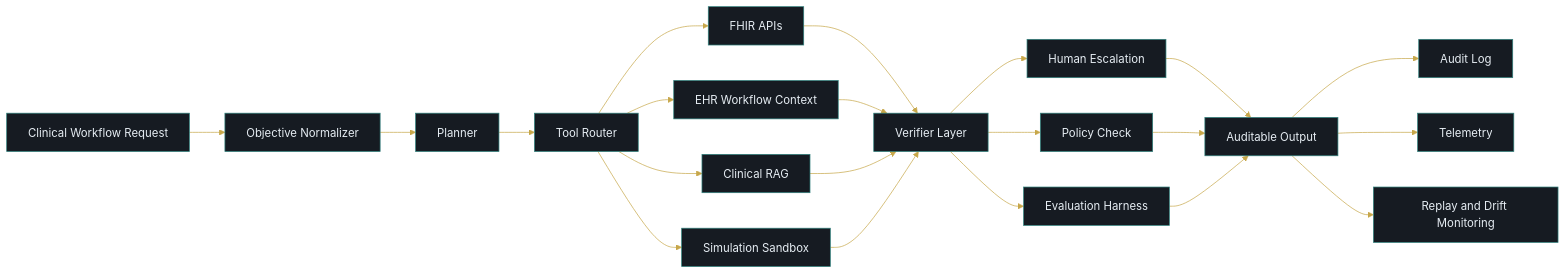
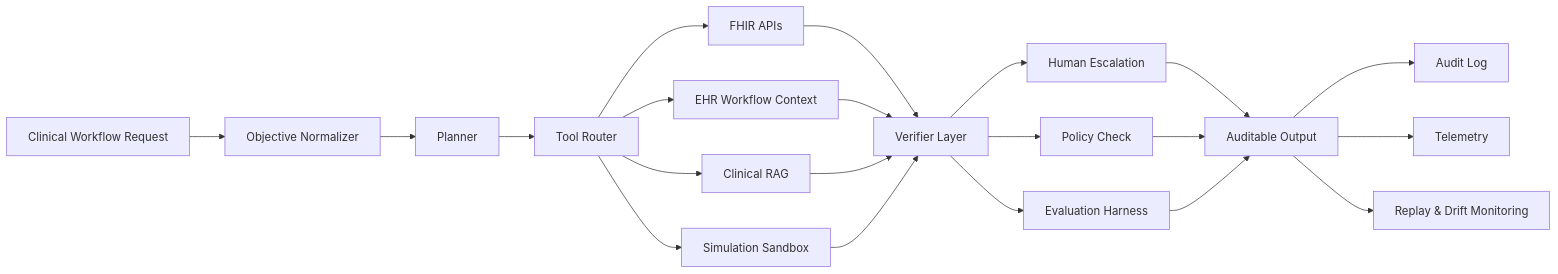
Before and after one commit to jsfaulkner86/jsfaulkner86: the diagram in README.md, drawn with Mermaid.

Commit message:
Remove %%{init}%% directive from Mermaid block to fix rendering on GitHub

````diff
--- a/README.md
+++ b/README.md
@@ -29,24 +29,23 @@
 ```mermaid
-%%{init: {"theme": "base", "themeVariables": {"background": "#111418", "primaryColor": "#161B22", "primaryTextColor": "#E6EDF3", "primaryBorderColor": "#2F817D", "lineColor": "#C7A74A", "secondaryColor": "#1D232B", "tertiaryColor": "#111418", "fontFamily": "Inter, ui-sans-serif, system-ui, sans-serif"}}}%%
 flowchart LR
     A[Clinical Workflow Request] --> B[Objective Normalizer]
     B --> C[Planner]
     C --> D[Tool Router]
     D --> E[FHIR APIs]
     D --> F[EHR Workflow Context]
     D --> G[Clinical RAG]
     D --> H[Simulation Sandbox]
     E --> I[Verifier Layer]
     F --> I
     G --> I
     H --> I
     I --> J[Human Escalation]
     I --> K[Policy Check]
     I --> L[Evaluation Harness]
     J --> M[Auditable Output]
     K --> M
     L --> M
     M --> N[Audit Log]
     M --> O[Telemetry]
-    M --> P[Replay and Drift Monitoring]
+    M --> P[Replay & Drift Monitoring]
 ```
````
